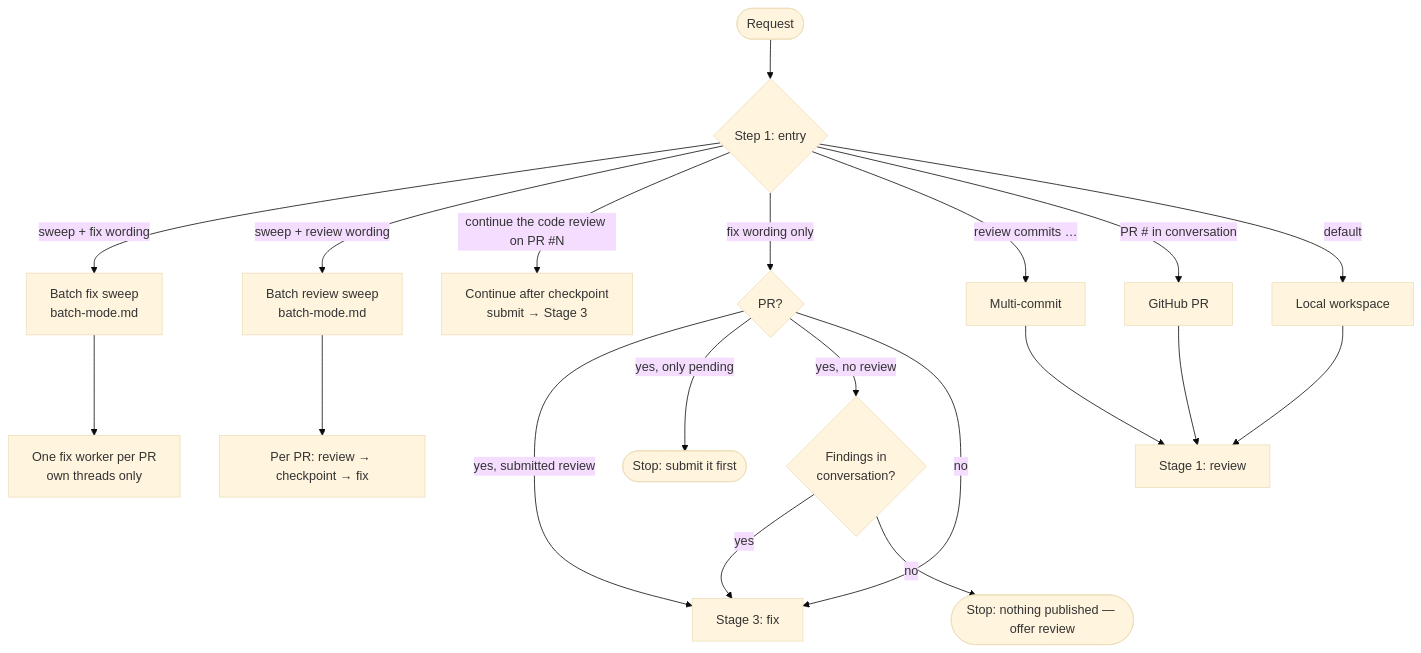
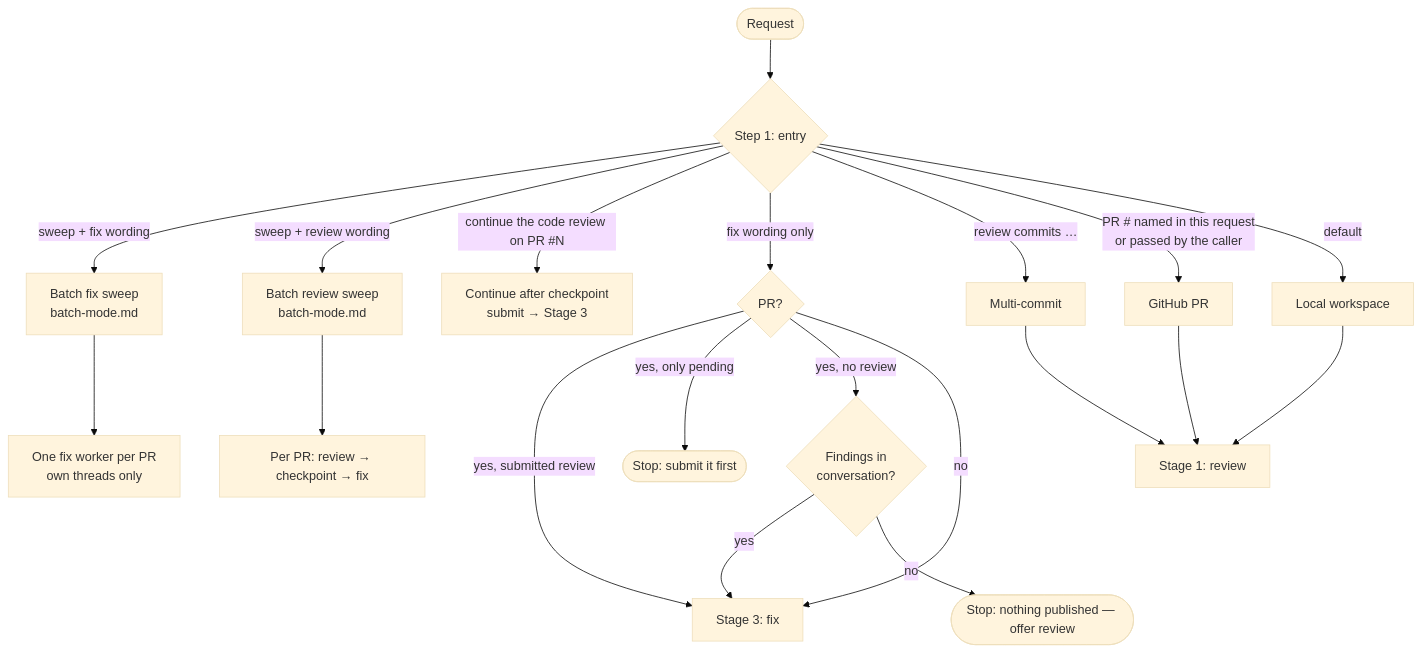
The first of 3 diagrams in skills/code-review/WORKFLOW.md (flaviosv/ai-coding-tooling), drawn with Mermaid (base theme) before and after one commit. The commit also changed other lines of this file and 13 other files, not shown here.

````diff
--- a/skills/code-review/WORKFLOW.md
+++ b/skills/code-review/WORKFLOW.md
@@ -7,24 +7,24 @@
 ```mermaid
 flowchart TD
     Req([Request]) --> R{Step 1: entry}
     R -- "sweep + fix wording" --> BF[Batch fix sweep<br/>batch-mode.md]
     R -- "sweep + review wording" --> BR[Batch review sweep<br/>batch-mode.md]
     R -- "continue the code review on PR #N" --> CT[Continue after checkpoint<br/>submit → Stage 3]
     R -- "fix wording only" --> FX{PR?}
     R -- "review commits …" --> MC[Multi-commit]
-    R -- "PR # in conversation" --> PR[GitHub PR]
+    R -- "PR # named in this request<br/>or passed by the caller" --> PR[GitHub PR]
     R -- default --> LW[Local workspace]
 
     FX -- "yes, submitted review" --> S3[Stage 3: fix]
     FX -- "yes, only pending" --> Stop1([Stop: submit it first])
     FX -- "yes, no review" --> CF{Findings in<br/>conversation?}
     CF -- yes --> S3
     CF -- no --> Stop2([Stop: nothing published — offer review])
     FX -- no --> S3
 
     MC --> S1[Stage 1: review]
     PR --> S1
     LW --> S1
     BF --> BFW[One fix worker per PR<br/>own threads only]
     BR --> BRW[Per PR: review → checkpoint → fix]
 ```
````
